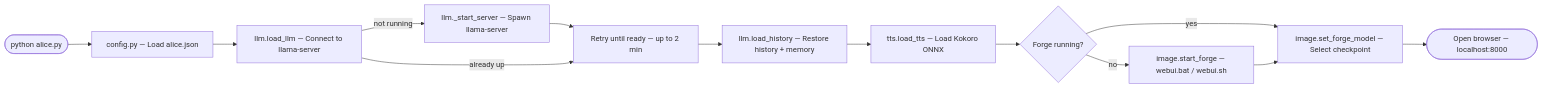
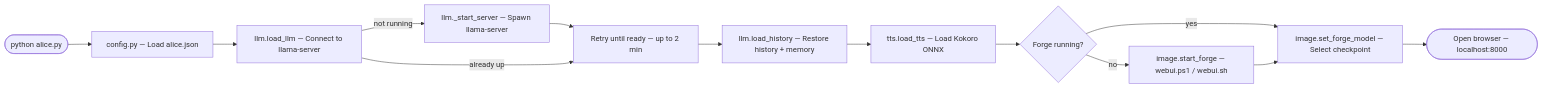
The fifth of 8 diagrams in Readme.md (cschladetsch/PyLocalEnsemble), drawn with Mermaid before and after one commit. The commit also changed 2 other files, not shown here.

Commit message:
Fix stale webui.bat reference in installer/helpers.py
FORGE_BAT still pointed at webui.bat, a leftover from before Forge's
launcher scripts were converted to .ps1. Since only webui.ps1 exists now,
install.py's os.path.exists(FORGE_BAT) check always failed on Windows,
which could trigger a needless Forge re-clone. Also updates two docs
still describing the old webui.bat / webui.sh launch step.

````diff
--- a/Readme.md
+++ b/Readme.md
@@ -719,15 +719,15 @@
 ```mermaid
 flowchart LR
     A([python alice.py]) --> B[config.py — Load alice.json]
     B --> C[llm.load_llm — Connect to llama-server]
     C -->|not running| D[llm._start_server — Spawn llama-server]
     D --> E[Retry until ready — up to 2 min]
     C -->|already up| E
     E --> F[llm.load_history — Restore history + memory]
     F --> G[tts.load_tts — Load Kokoro ONNX]
     G --> H{Forge running?}
-    H -->|no| I[image.start_forge — webui.bat / webui.sh]
+    H -->|no| I[image.start_forge — webui.ps1 / webui.sh]
     H -->|yes| J
     I --> J[image.set_forge_model — Select checkpoint]
     J --> K([Open browser — localhost:8000])
 ```
````
